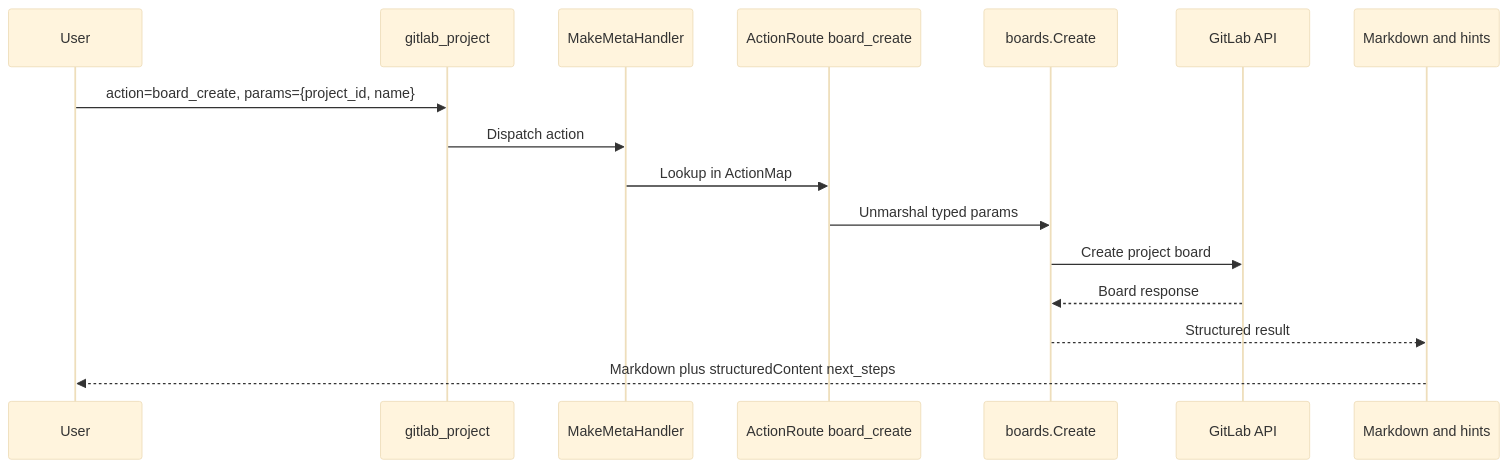
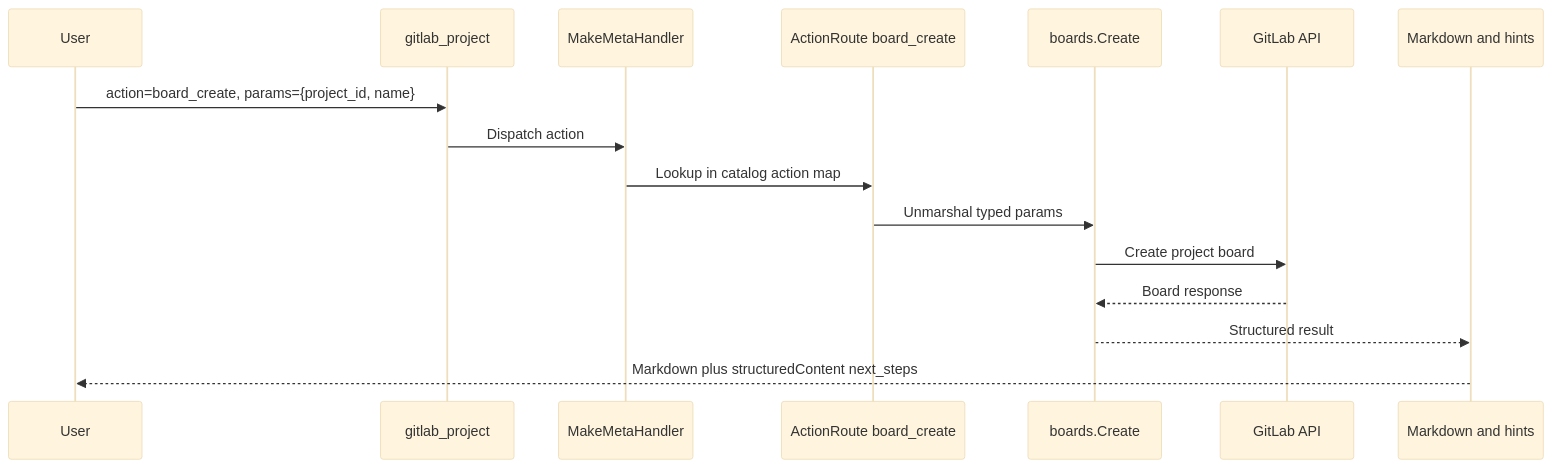
The diagram in docs/meta-tools.md (jmrplens/gitlab-mcp-server), drawn with Mermaid (base theme) before and after one commit. The commit also changed other lines of this file and 1137 other files, not shown here.

````diff
--- a/docs/meta-tools.md
+++ b/docs/meta-tools.md
@@ -178,19 +181,19 @@
 ```mermaid
 sequenceDiagram
     participant User
     participant Meta as gitlab_project
     participant Handler as MakeMetaHandler
     participant Route as ActionRoute board_create
     participant Domain as boards.Create
     participant GL as GitLab API
     participant Format as Markdown and hints
 
     User->>Meta: action=board_create, params={project_id, name}
     Meta->>Handler: Dispatch action
-    Handler->>Route: Lookup in ActionMap
+    Handler->>Route: Lookup in catalog action map
     Route->>Domain: Unmarshal typed params
     Domain->>GL: Create project board
     GL-->>Domain: Board response
     Domain-->>Format: Structured result
     Format-->>User: Markdown plus structuredContent next_steps
 ```
````
